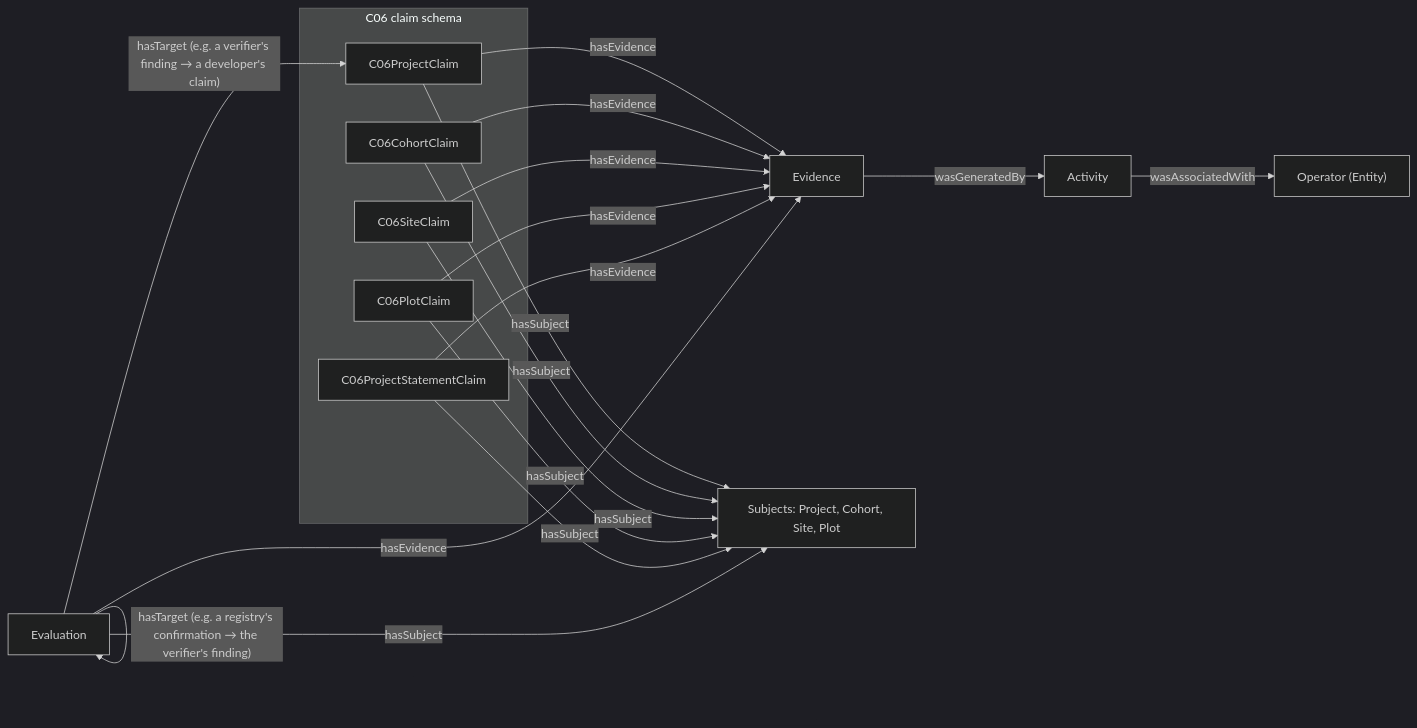
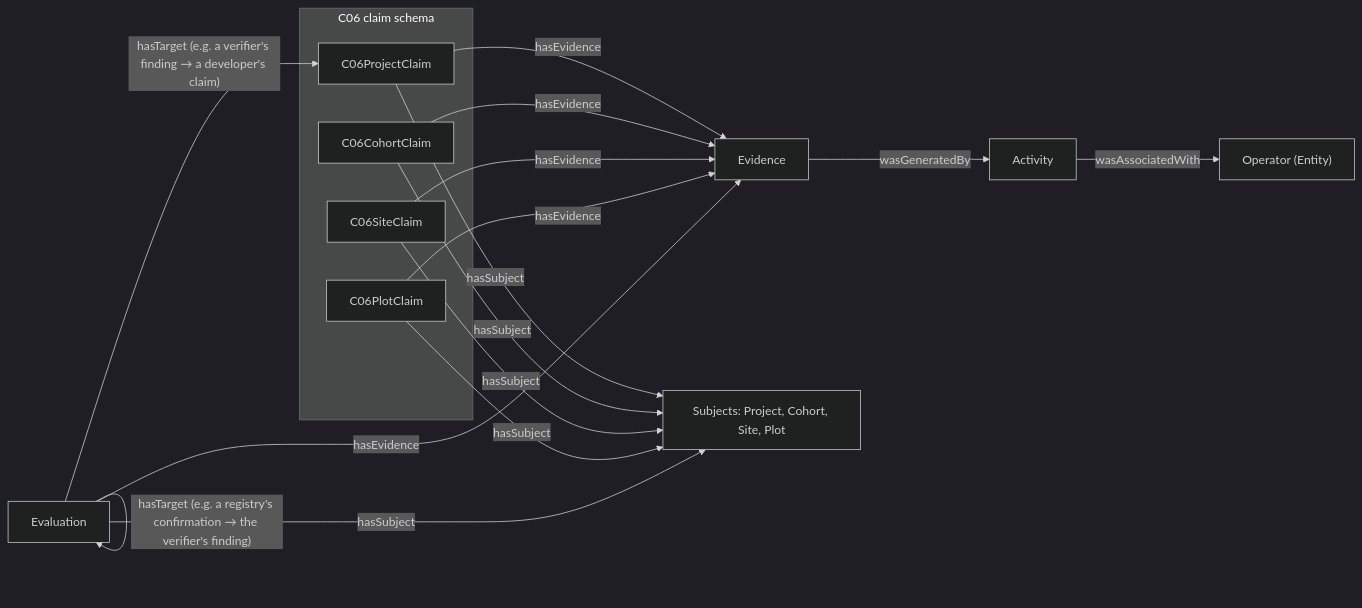
The first of 2 diagrams in docs/evaluation-and-evidence.md (regen-network/regen-data-standards), drawn with Mermaid (dark theme) before and after one commit. The commit also changed other lines of this file and 36 other files, not shown here.

First line of the commit message:
refactor(schema): adopt the base Claim's assertedBy, claimStatement and +00:00 (#73)

````diff
--- a/docs/evaluation-and-evidence.md
+++ b/docs/evaluation-and-evidence.md
@@ -19,24 +19,23 @@
 ```mermaid
 flowchart LR
     subgraph C06["C06 claim schema"]
       PC[C06ProjectClaim]
       CC[C06CohortClaim]
       SC[C06SiteClaim]
       PLC[C06PlotClaim]
-      PS[C06ProjectStatementClaim]
     end
     A[Evaluation]
     E[Evidence]
     ACT[Activity]
     OP["Operator (Entity)"]
     S["Subjects: Project, Cohort, Site, Plot"]
 
-    PC & CC & SC & PLC & PS -- hasSubject --> S
-    PC & CC & SC & PLC & PS -- hasEvidence --> E
+    PC & CC & SC & PLC -- hasSubject --> S
+    PC & CC & SC & PLC -- hasEvidence --> E
     A -- "hasTarget (e.g. a verifier's finding → a developer's claim)" --> PC
     A -- "hasTarget (e.g. a registry's confirmation → the verifier's finding)" --> A
     A -- hasSubject --> S
     A -- hasEvidence --> E
     E -- wasGeneratedBy --> ACT
     ACT -- wasAssociatedWith --> OP
 ```
````
